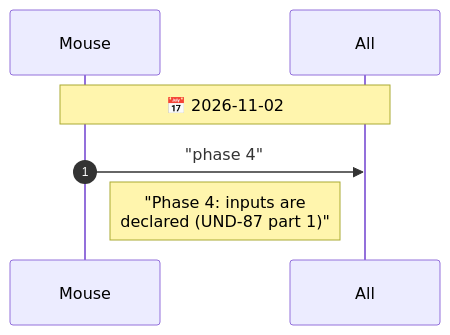
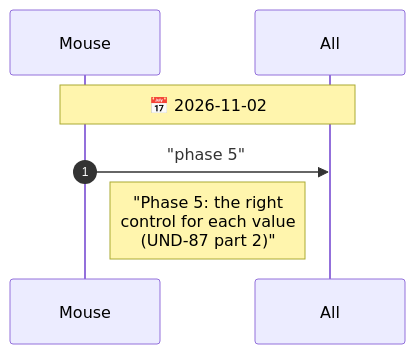
Before and after one commit to drusifer/understudy: diagram 13 of 13 in agents/CHAT.diagram.md, drawn with Mermaid. The commit also changed other lines of this file and 12 other files, not shown here.

First line of the commit message:
Phase 4: inputs are declared (UND-87 part 1)

````diff
--- a/agents/CHAT.diagram.md
+++ b/agents/CHAT.diagram.md
@@ -586,10 +619,10 @@
 ```mermaid
 %%{init: {"sequence": {"messageFontSize": 14, "noteFontSize": 18, "actorFontSize": 14}}}%%
 sequenceDiagram
     autonumber
     participant Mouse
     participant All
     Note over Mouse,All: 📅 2026-11-02
-    Mouse->>All: "phase 4"
-    Note right of Mouse: "Phase 4: inputs are<br/>declared (UND-87 part 1)"
+    Mouse->>All: "phase 5"
+    Note right of Mouse: "Phase 5: the right<br/>control for each value<br/>(UND-87 part 2)"
 ```
````
